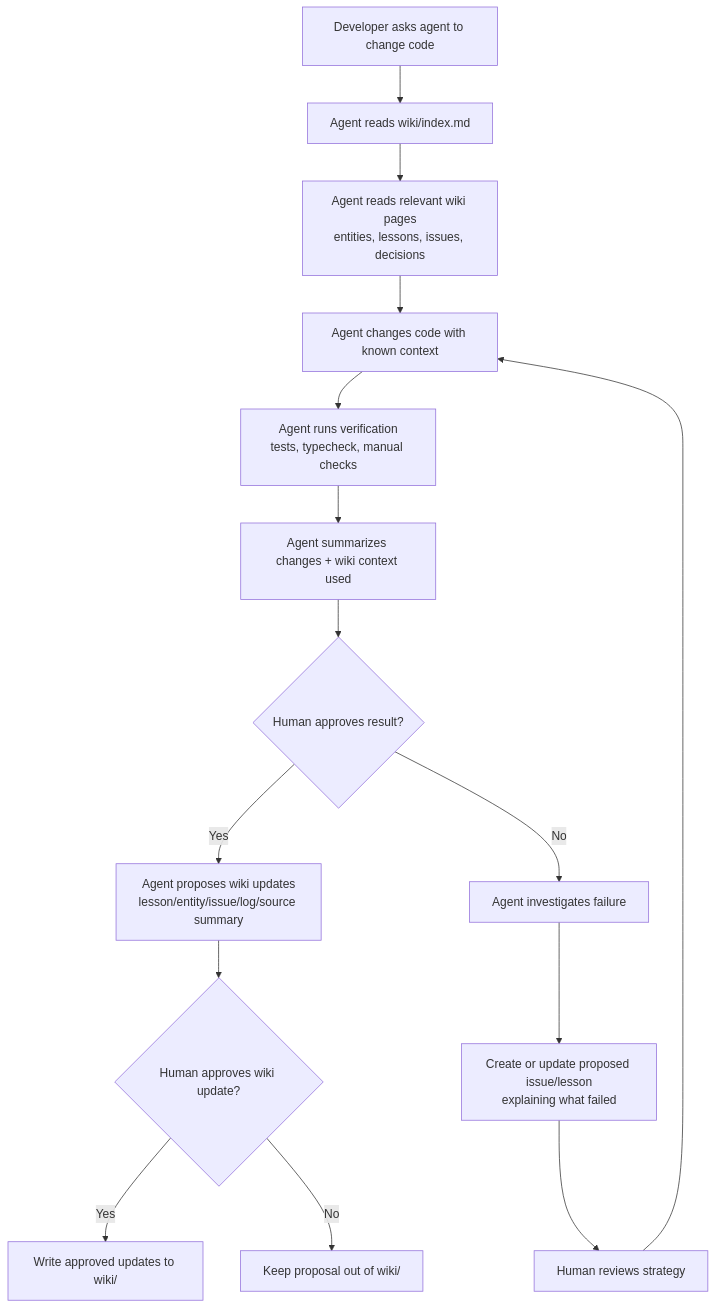
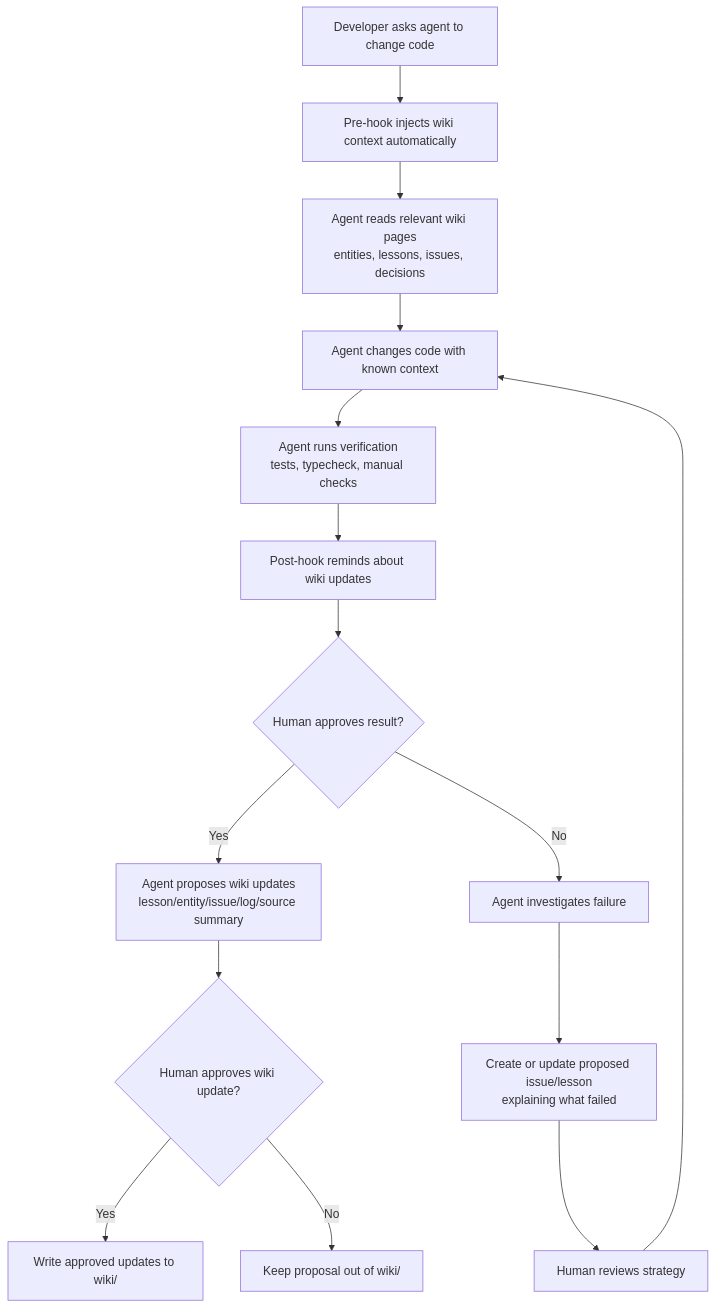
One commit to giuice/CodeWiki changed the first of 3 diagrams in README.md. Above: the diagram before and after it, drawn with Mermaid. The commit also changed other lines of this file, not shown here.

First line of the commit message:
docs: rewrite README for v2 installer-only architecture

````diff
--- a/README.md
+++ b/README.md
@@ -17,19 +17,19 @@
 ```mermaid
 flowchart TD
-  A[Developer asks agent to change code] --> B[Agent reads wiki/index.md]
+  A[Developer asks agent to change code] --> B[Pre-hook injects wiki context automatically]
   B --> C[Agent reads relevant wiki pages<br/>entities, lessons, issues, decisions]
   C --> D[Agent changes code with known context]
   D --> E[Agent runs verification<br/>tests, typecheck, manual checks]
-  E --> F[Agent summarizes changes + wiki context used]
+  E --> F[Post-hook reminds about wiki updates]
   F --> G{Human approves result?}
 
   G -- Yes --> H[Agent proposes wiki updates<br/>lesson/entity/issue/log/source summary]
   H --> I{Human approves wiki update?}
   I -- Yes --> J[Write approved updates to wiki/]
   I -- No --> K[Keep proposal out of wiki/]
 
   G -- No --> L[Agent investigates failure]
   L --> M[Create or update proposed issue/lesson<br/>explaining what failed]
   M --> N[Human reviews strategy]
   N --> D
 ```
````
